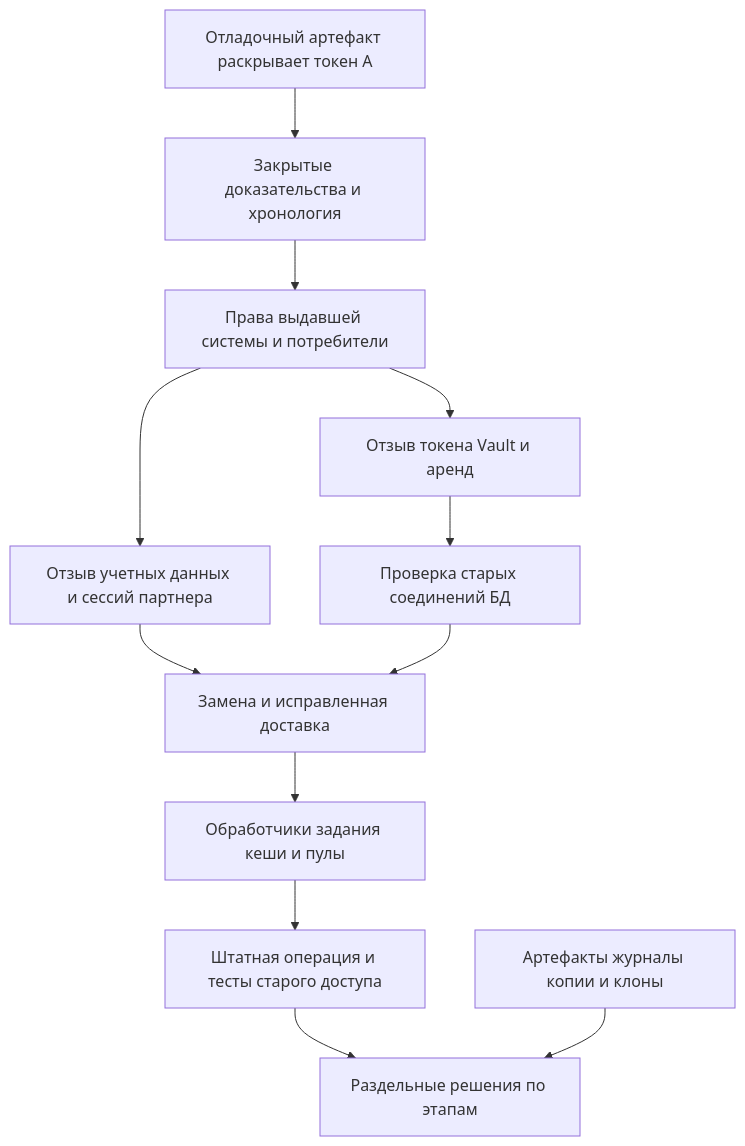
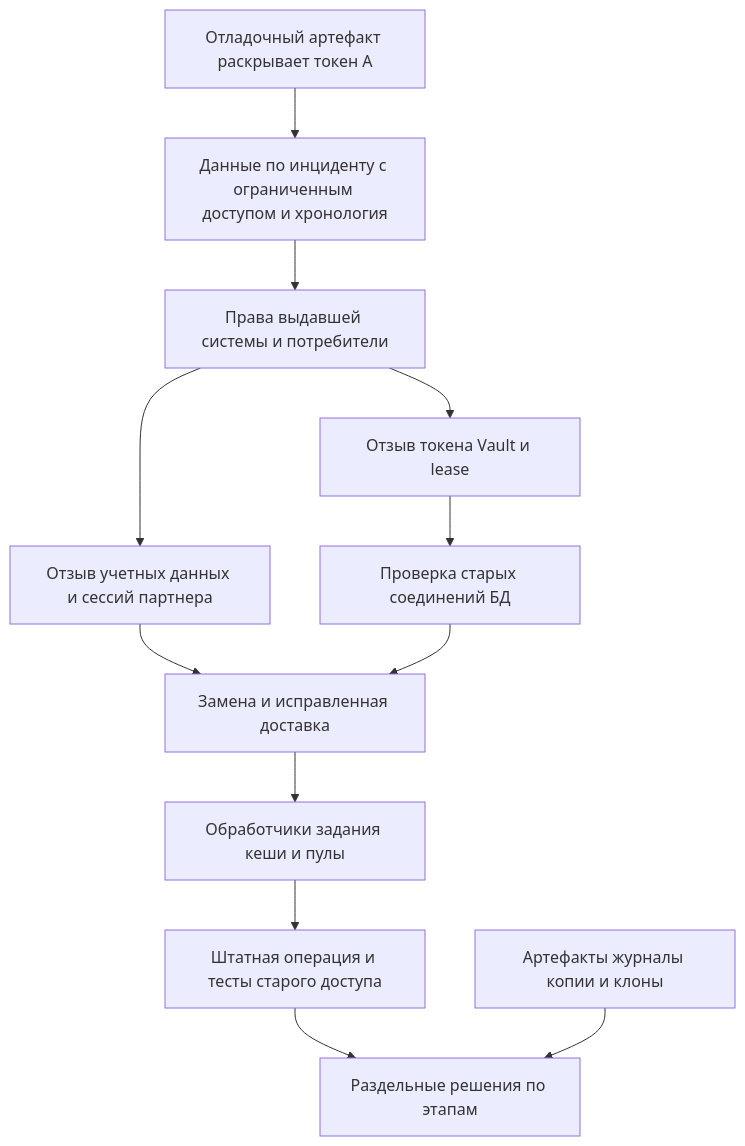
One commit to defrixx/defrixx.github.io changed the diagram in site/src/content/docs/ru/hub/reviews/secret-exposure-response/overview.md. Above: the diagram before and after it, drawn with Mermaid. The commit also changed other lines of this file and 201 other files, not shown here.

````diff
--- a/site/src/content/docs/ru/hub/reviews/secret-exposure-response/overview.md
+++ b/site/src/content/docs/ru/hub/reviews/secret-exposure-response/overview.md
@@ -31,14 +31,14 @@
 ```mermaid
 flowchart TB
- A[Отладочный артефакт раскрывает токен A] --> E[Закрытые доказательства и хронология]
+ A[Отладочный артефакт раскрывает токен A] --> E[Данные по инциденту с ограниченным доступом и хронология]
  E --> I[Права выдавшей системы и потребители]
- I --> V[Отзыв токена Vault и аренд]
+ I --> V[Отзыв токена Vault и lease]
  I --> P[Отзыв учетных данных и сессий партнера]
  V --> D[Проверка старых соединений БД]
  P --> R[Замена и исправленная доставка]
  D --> R
  R --> W[Обработчики задания кеши и пулы]
  W --> T[Штатная операция и тесты старого доступа]
  T --> C[Раздельные решения по этапам]
  B[Артефакты журналы копии и клоны] --> C
 ```
````
